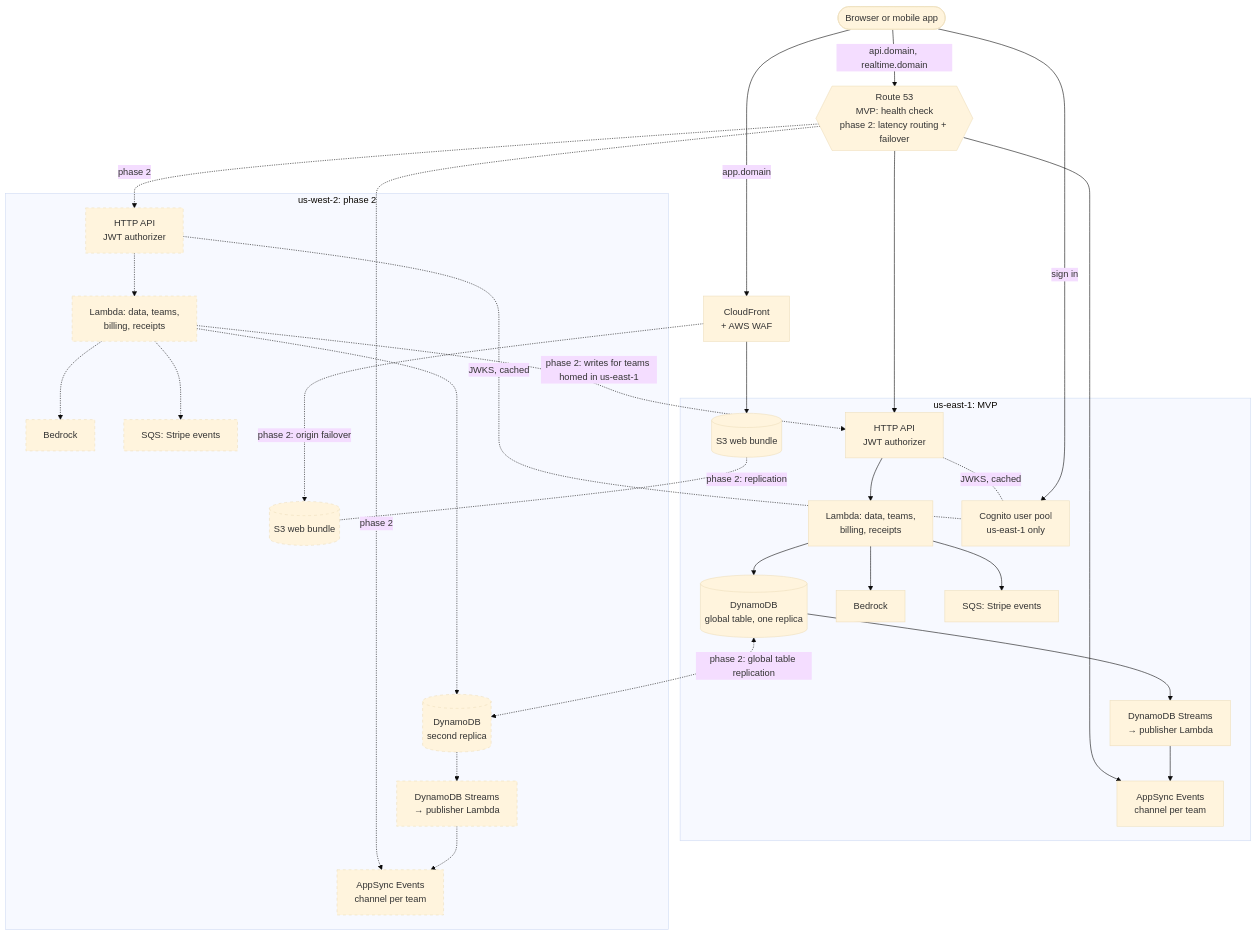
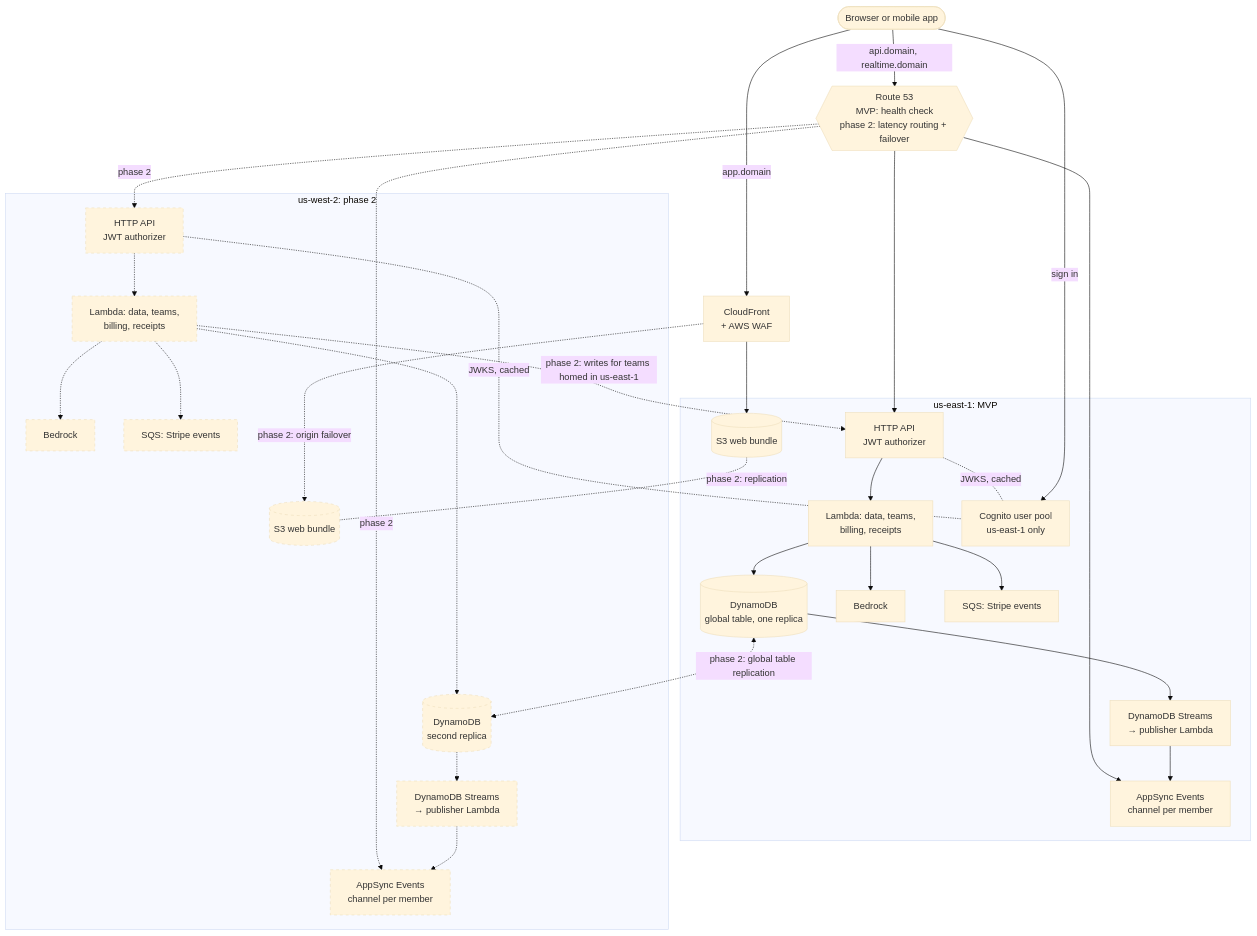
One commit to davetashner/supply-checkout changed the second of 12 diagrams in docs/architecture/README.md. Above: the diagram before and after it, drawn with Mermaid (base theme). The commit also changed other lines of this file and 34 other files, not shown here.

````diff
--- a/docs/architecture/README.md
+++ b/docs/architecture/README.md
@@ -67,59 +67,59 @@
 ```mermaid
 flowchart TB
   user([Browser or mobile app])
   r53{{Route 53<br/>MVP: health check<br/>phase 2: latency routing + failover}}
   cf[CloudFront<br/>+ AWS WAF]
 
   user -->|app.domain| cf
   user -->|api.domain, realtime.domain| r53
 
   subgraph E[us-east-1: MVP]
     s3e[(S3 web bundle)]
     apie[HTTP API<br/>JWT authorizer]
     lame[Lambda: data, teams,<br/>billing, receipts]
-    evte[AppSync Events<br/>channel per team]
+    evte[AppSync Events<br/>channel per member]
     streame[DynamoDB Streams<br/>→ publisher Lambda]
     ddbe[(DynamoDB<br/>global table, one replica)]
     cog[Cognito user pool<br/>us-east-1 only]
     bre[Bedrock]
     sqse[SQS: Stripe events]
   end
 
   subgraph W[us-west-2: phase 2]
     s3w[(S3 web bundle)]
     apiw[HTTP API<br/>JWT authorizer]
     lamw[Lambda: data, teams,<br/>billing, receipts]
-    evtw[AppSync Events<br/>channel per team]
+    evtw[AppSync Events<br/>channel per member]
     streamw[DynamoDB Streams<br/>→ publisher Lambda]
     ddbw[(DynamoDB<br/>second replica)]
     brw[Bedrock]
     sqsw[SQS: Stripe events]
   end
 
   cf --> s3e
   cf -.->|phase 2: origin failover| s3w
   s3e -.-|phase 2: replication| s3w
 
   r53 --> apie
   r53 --> evte
   r53 -.->|phase 2| apiw
   r53 -.->|phase 2| evtw
 
   apie --> lame --> ddbe
   apiw -.-> lamw -.-> ddbw
   lame --> bre
   lamw -.-> brw
   lame --> sqse
   lamw -.-> sqsw
   ddbe <-.->|phase 2: global table replication| ddbw
   ddbe --> streame --> evte
   ddbw -.-> streamw -.-> evtw
   lamw -.->|phase 2: writes for teams homed in us-east-1| apie
 
   apie -. JWKS, cached .- cog
   apiw -. JWKS, cached .- cog
   user -->|sign in| cog
 
   classDef later stroke-dasharray: 5 5
   class s3w,apiw,lamw,evtw,streamw,ddbw,brw,sqsw later
 ```
````
